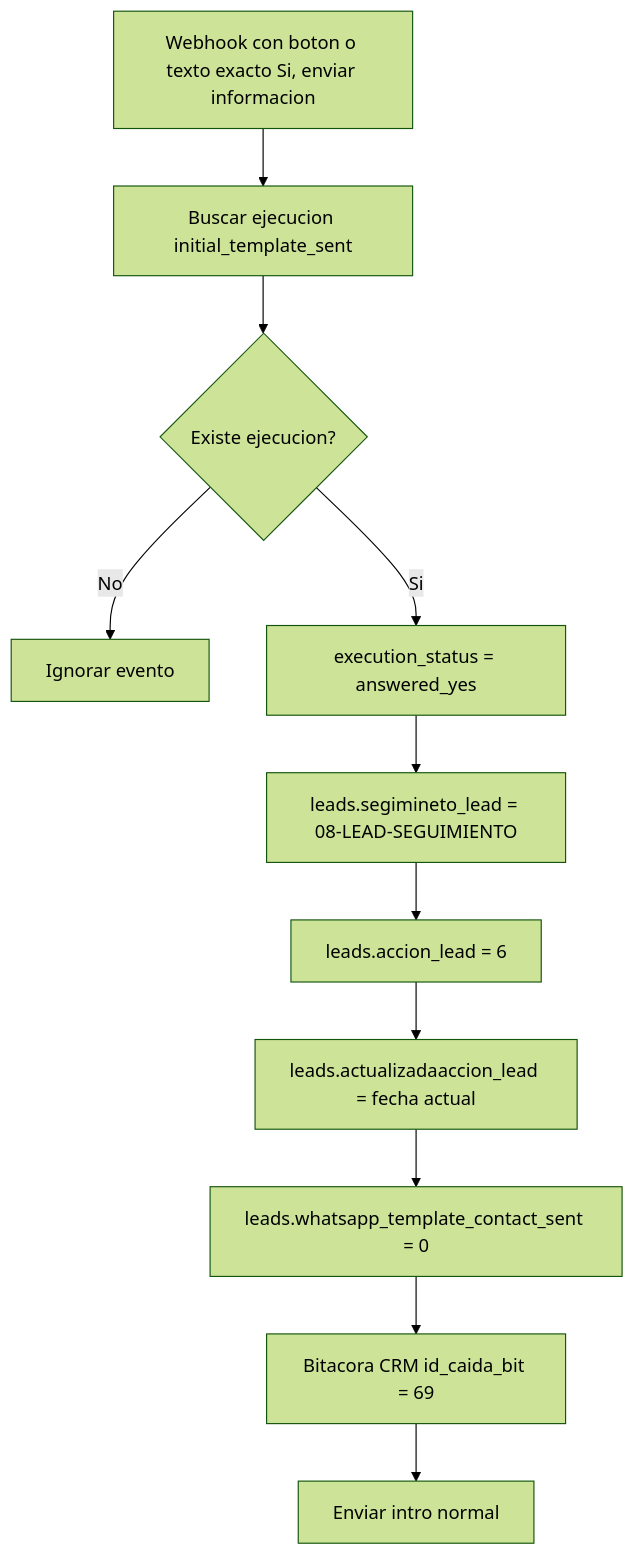
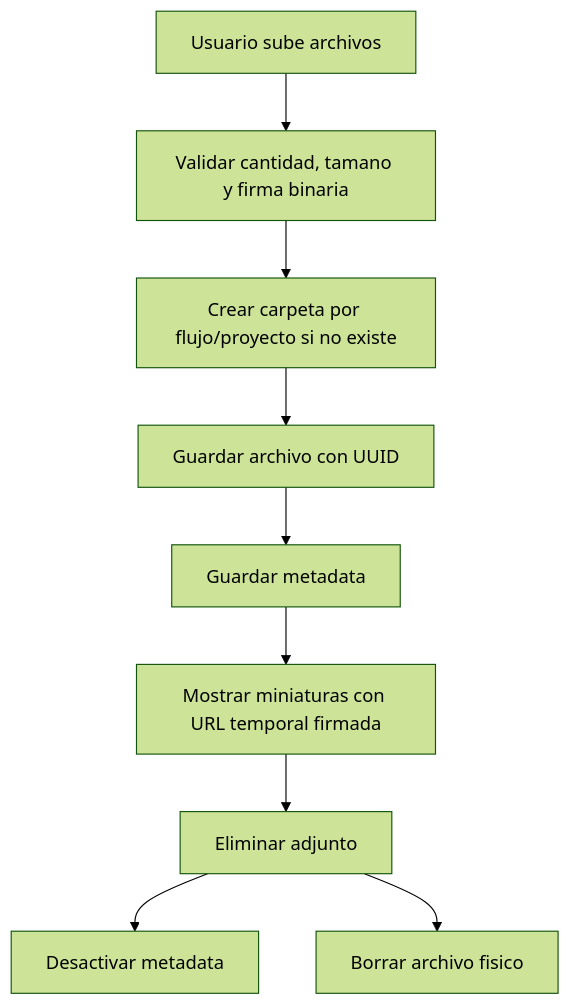
The sixth of 9 diagrams in README.md (roccacr/CRM_VENTAS), drawn with Mermaid (forest theme) before and after one commit. The commit also changed other lines of this file and 19 other files, not shown here.

````diff
--- a/README.md
+++ b/README.md
@@ -624,13 +401,11 @@
 ```mermaid
 flowchart TD
-  A["Webhook con boton o texto exacto Si, enviar informacion"] --> B["Buscar ejecucion initial_template_sent"]
-  B --> C{"Existe ejecucion?"}
-  C -- "No" --> X["Ignorar evento"]
-  C -- "Si" --> D["execution_status = answered_yes"]
-  D --> E["leads.segimineto_lead = 08-LEAD-SEGUIMIENTO"]
-  E --> F["leads.accion_lead = 6"]
-  F --> G["leads.actualizadaaccion_lead = fecha actual"]
-  G --> H["leads.whatsapp_template_contact_sent = 0"]
-  H --> I["Bitacora CRM id_caida_bit = 69"]
-  I --> J["Enviar intro normal"]
+  UP["Usuario sube archivos"] --> V["Validar cantidad, tamano y firma binaria"]
+  V --> F["Crear carpeta por flujo/proyecto si no existe"]
+  F --> S["Guardar archivo con UUID"]
+  S --> DB["Guardar metadata"]
+  DB --> UI["Mostrar miniaturas con URL temporal firmada"]
+  UI --> DEL["Eliminar adjunto"]
+  DEL --> D1["Desactivar metadata"]
+  DEL --> D2["Borrar archivo fisico"]
 ```
````
